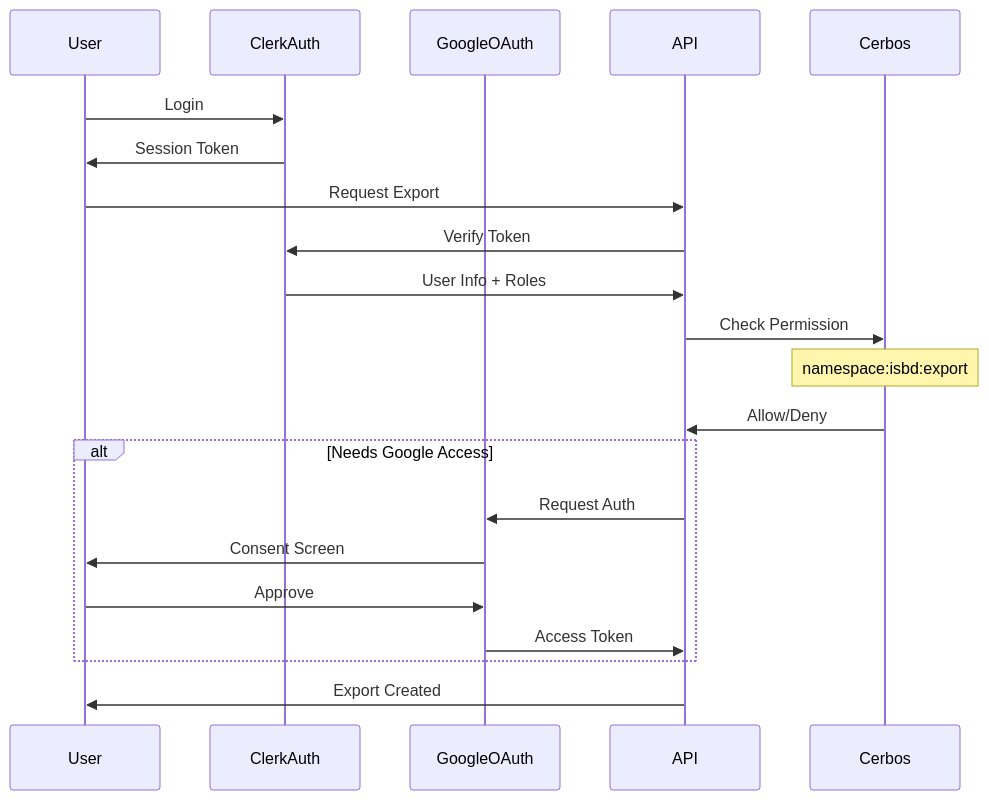
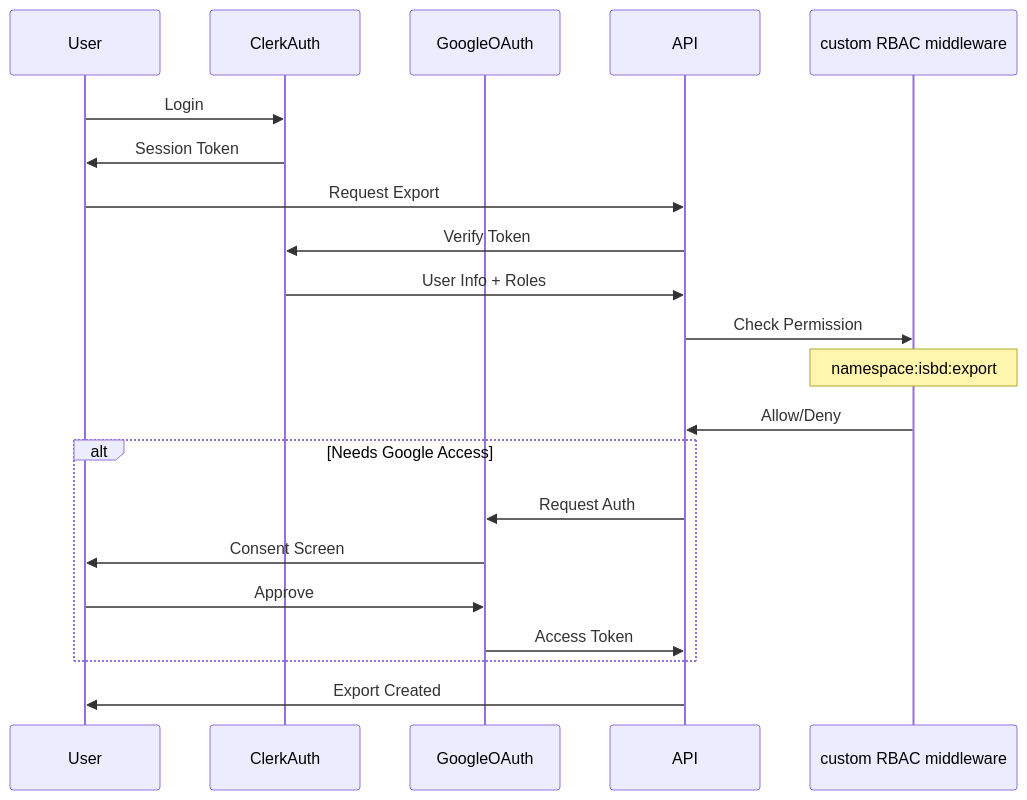
The ninth of 9 diagrams in system-design-docs/31-spreadsheet-export-import-comprehensive-guide.md (iflastandards/platform), drawn with Mermaid before and after one commit. The commit also changed 46 other files, not shown here.

````diff
--- a/system-design-docs/31-spreadsheet-export-import-comprehensive-guide.md
+++ b/system-design-docs/31-spreadsheet-export-import-comprehensive-guide.md
@@ -1016,28 +1016,28 @@
 ```mermaid
 sequenceDiagram
     participant User
     participant ClerkAuth
     participant GoogleOAuth
     participant API
-    participant Cerbos
+    participant custom RBAC middleware
     
     User->>ClerkAuth: Login
     ClerkAuth->>User: Session Token
     
     User->>API: Request Export
     API->>ClerkAuth: Verify Token
     ClerkAuth->>API: User Info + Roles
     
-    API->>Cerbos: Check Permission
-    Note over Cerbos: namespace:isbd:export
-    Cerbos->>API: Allow/Deny
+    API->>custom RBAC middleware: Check Permission
+    Note over custom RBAC middleware: namespace:isbd:export
+    custom RBAC middleware->>API: Allow/Deny
     
     alt Needs Google Access
         API->>GoogleOAuth: Request Auth
         GoogleOAuth->>User: Consent Screen
         User->>GoogleOAuth: Approve
         GoogleOAuth->>API: Access Token
     end
     
     API->>User: Export Created
 ```
````
